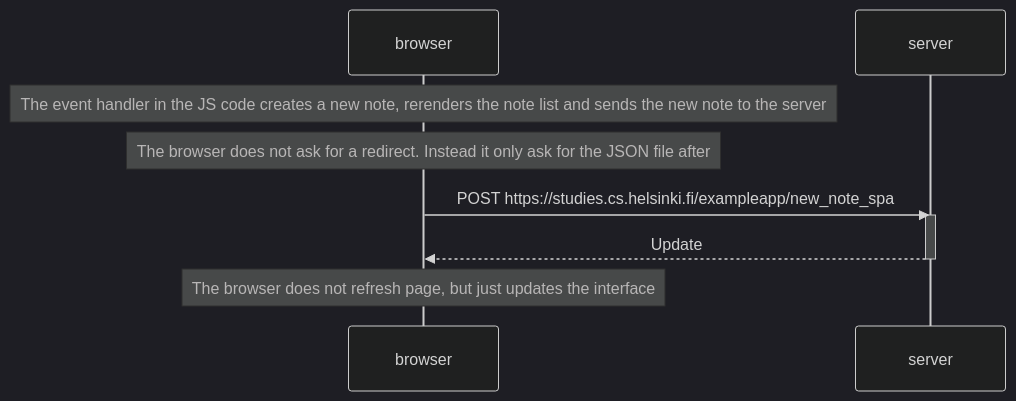
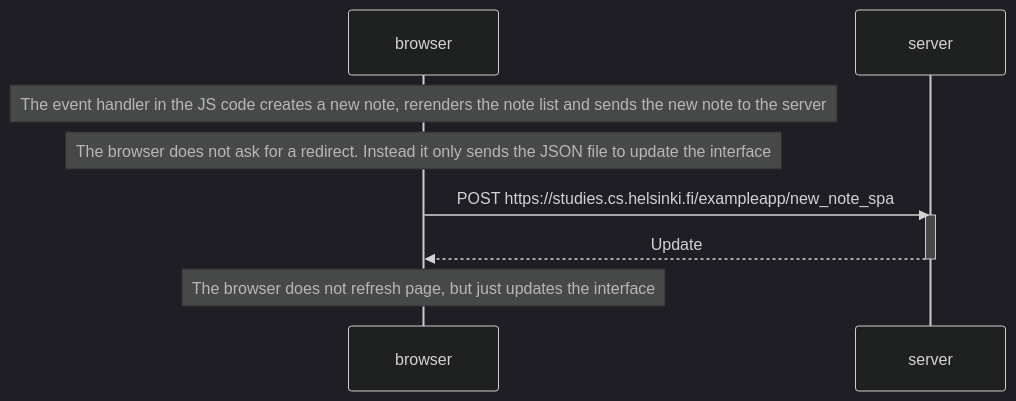
The diagram in part0/0.6.md (StoltenbergM/FullStack), drawn with Mermaid (dark theme) before and after one commit.

Commit message:
part0 exercises2

````diff
--- a/part0/0.6.md
+++ b/part0/0.6.md
@@ -1,17 +1,17 @@
 ```mermaid
 sequenceDiagram
     participant browser
     participant server
 
     Note over browser: The event handler in the JS code creates a new note, rerenders the note list and sends the new note to the server
 
-    Note over browser: The browser does not ask for a redirect. Instead it only ask for the JSON file after 
+    Note over browser: The browser does not ask for a redirect. Instead it only sends the JSON file to update the interface
 
     browser->>server: POST https://studies.cs.helsinki.fi/exampleapp/new_note_spa
     activate server
     server-->>browser: Update
     deactivate server
 
     Note over browser: The browser does not refresh page, but just updates the interface
 
 ```    
````
